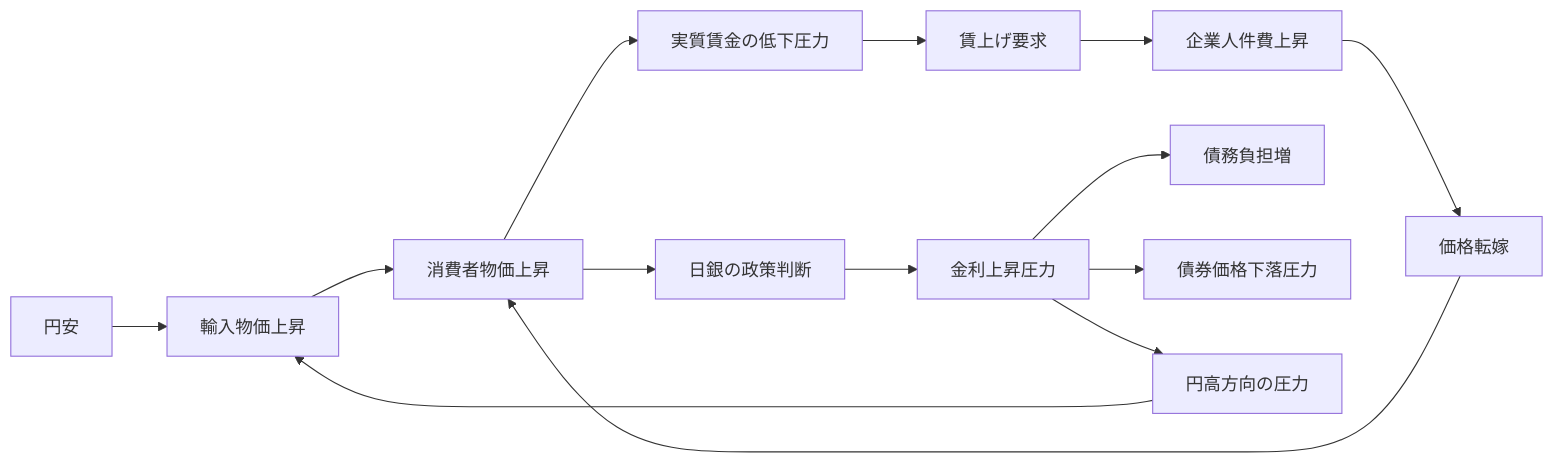
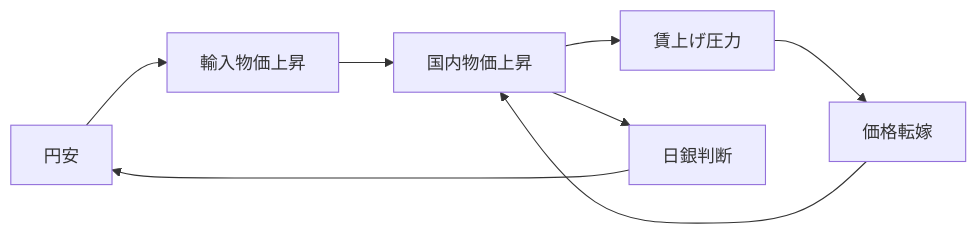
Before and after one commit to daylight55/research: the fifth of 5 diagrams in src/content/blog/interest-rate-policy-primer.mdx, drawn with Mermaid. The commit also changed other lines of this file and 20 other files, not shown here.

Commit message:
Mermaid図の表示サイズを調整

````diff
--- a/src/content/blog/interest-rate-policy-primer.mdx
+++ b/src/content/blog/interest-rate-policy-primer.mdx
@@ -174,17 +151,10 @@
 ```mermaid
 flowchart LR
   FX["円安"] --> IMP["輸入物価上昇"]
-  IMP --> CPI["消費者物価上昇"]
-  CPI --> RW["実質賃金の低下圧力"]
-  RW --> WN["賃上げ要求"]
-  WN --> WC["企業人件費上昇"]
-  WC --> PT["価格転嫁"]
+  IMP --> CPI["国内物価上昇"]
+  CPI --> W["賃上げ圧力"]
+  W --> PT["価格転嫁"]
   PT --> CPI
-
-  CPI --> MP["日銀の政策判断"]
-  MP --> RATE["金利上昇圧力"]
-  RATE --> DEBT["債務負担増"]
-  RATE --> BOND["債券価格下落圧力"]
-  RATE --> YEN["円高方向の圧力"]
-  YEN --> IMP
+  CPI --> BOJ["日銀判断"]
+  BOJ --> FX
 ```
````
